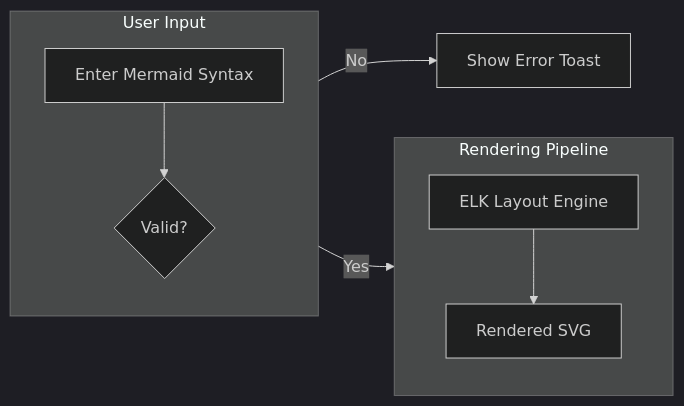
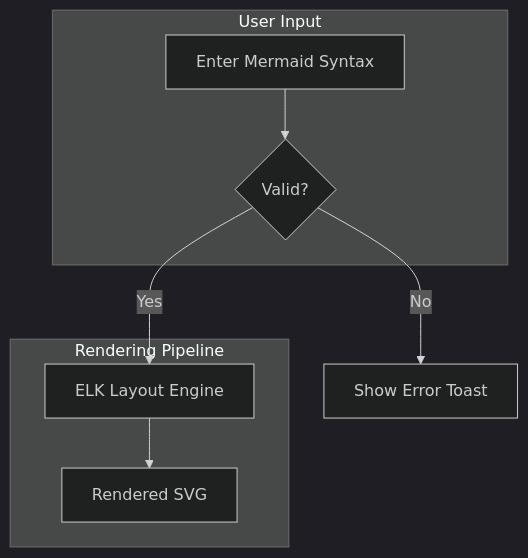
One commit to eserlan/mermaider changed the diagram in demo.mmd. Above: the diagram before and after it, drawn with Mermaid (dark theme). The commit also changed 1 other file, not shown here.

Commit message:
demo: update root direction to flowchart TB for vertical subgraph stacking

```diff
--- a/demo.mmd
+++ b/demo.mmd
@@ -1,13 +1,11 @@
-flowchart LR
+flowchart TB
     subgraph Input [User Input]
-        direction TB
         Syntax[Enter Mermaid Syntax] --> Validation{Valid?}
     end
 
     subgraph Output [Rendering Pipeline]
-        direction TB
         Engine[ELK Layout Engine] --> SVG[Rendered SVG]
     end
 
     Validation -- Yes --> Engine
     Validation -- No --> Error[Show Error Toast]
```
